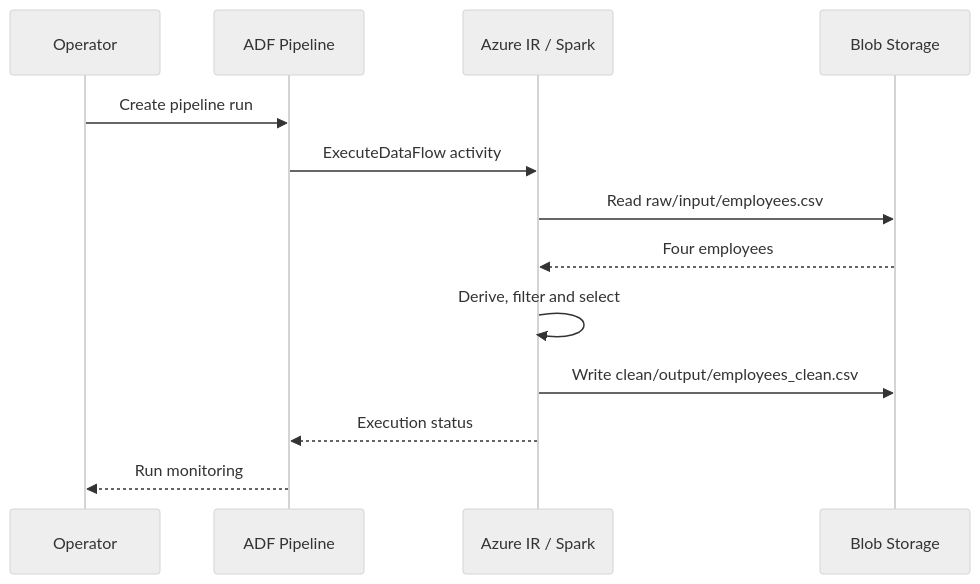
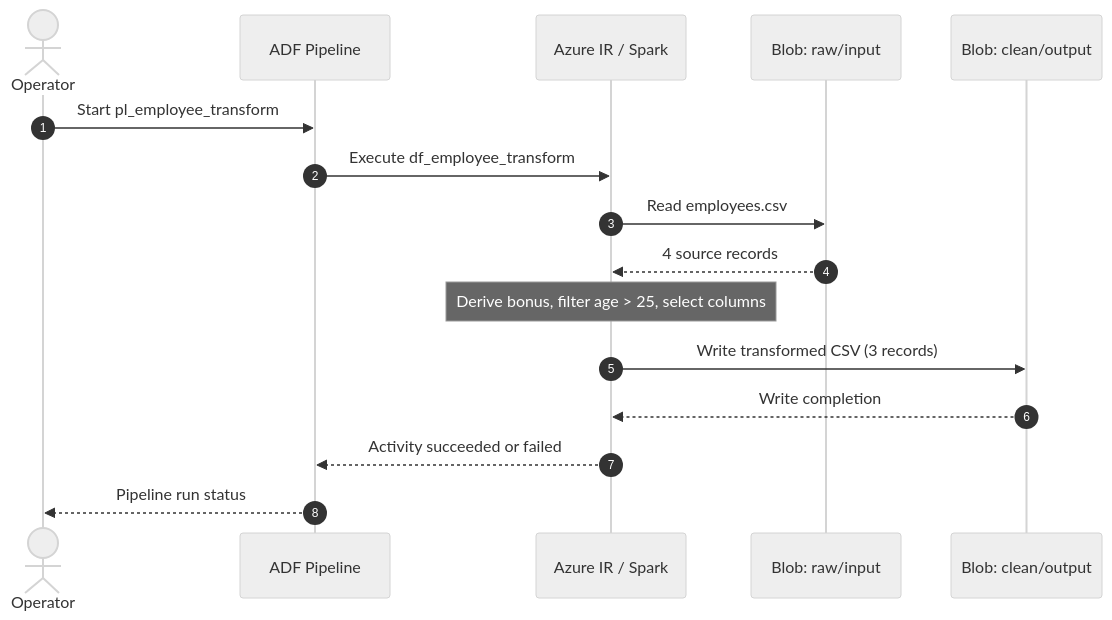
Before and after one commit to atulkamble/Azure-Data-Factory-DataFlow-Project: the third of 3 diagrams in docs/ARCHITECTURE.md, drawn with Mermaid (neutral theme). The commit also changed other lines of this file, not shown here.

Commit message:
Correct ADF architecture, transformation and execution diagrams

````diff
--- a/docs/ARCHITECTURE.md
+++ b/docs/ARCHITECTURE.md
@@ -27,15 +51,18 @@
 ```mermaid
 sequenceDiagram
-    participant U as Operator
-    participant A as ADF Pipeline
+    autonumber
+    actor User as Operator
+    participant ADF as ADF Pipeline
     participant IR as Azure IR / Spark
-    participant B as Blob Storage
-    U->>A: Create pipeline run
-    A->>IR: ExecuteDataFlow activity
-    IR->>B: Read raw/input/employees.csv
-    B-->>IR: Four employees
-    IR->>IR: Derive, filter and select
-    IR->>B: Write clean/output/employees_clean.csv
-    IR-->>A: Execution status
-    A-->>U: Run monitoring
+    participant Raw as Blob: raw/input
+    participant Clean as Blob: clean/output
+    User->>ADF: Start pl_employee_transform
+    ADF->>IR: Execute df_employee_transform
+    IR->>Raw: Read employees.csv
+    Raw-->>IR: 4 source records
+    Note over IR: Derive bonus, filter age > 25, select columns
+    IR->>Clean: Write transformed CSV (3 records)
+    Clean-->>IR: Write completion
+    IR-->>ADF: Activity succeeded or failed
+    ADF-->>User: Pipeline run status
 ```
````
